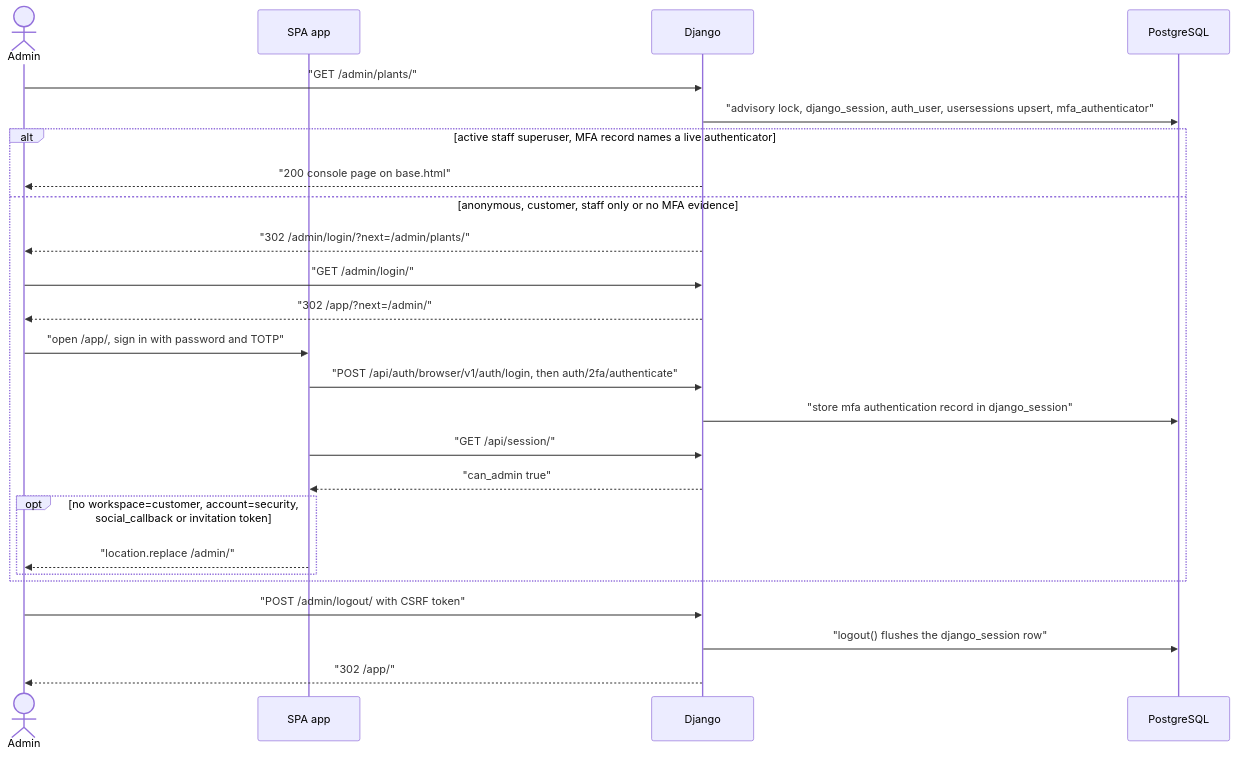
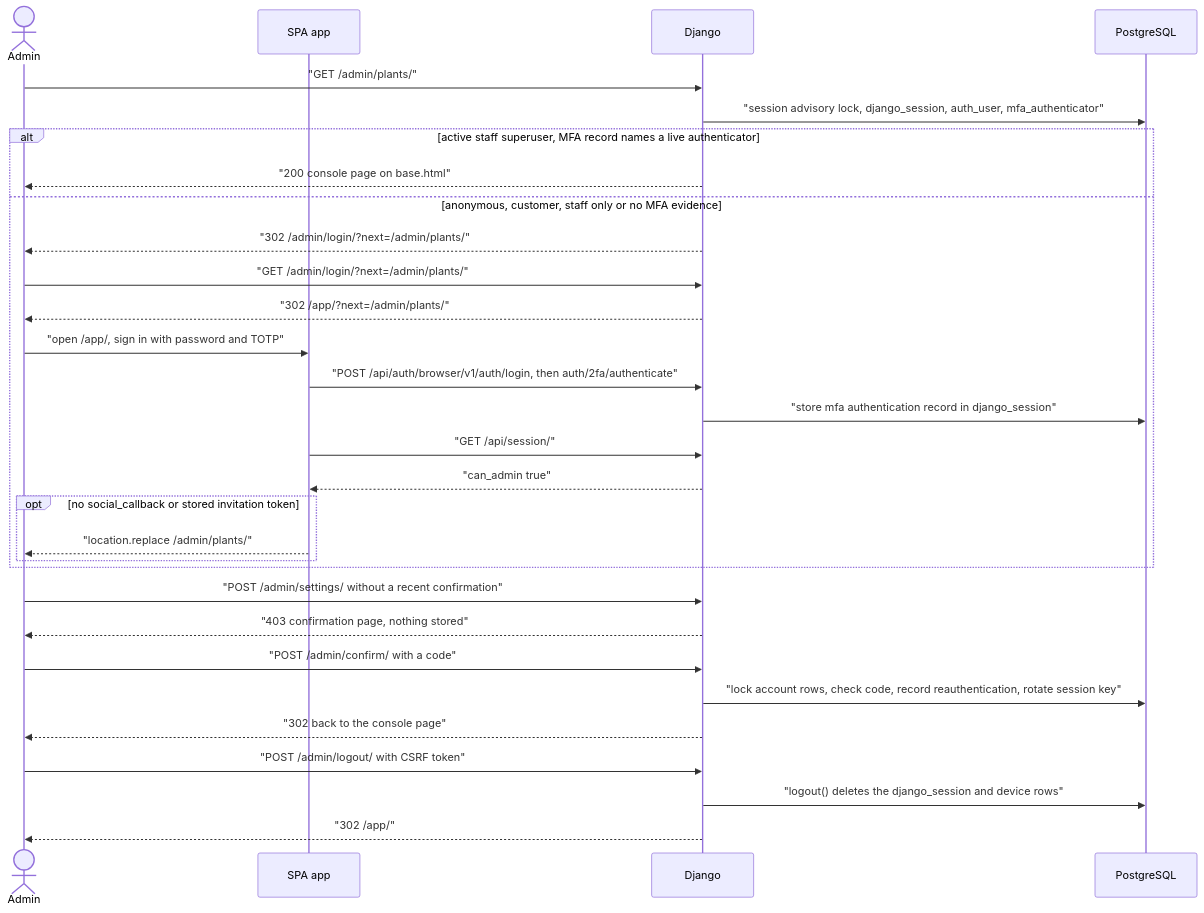
One commit to erkurtharun/pyracast changed the diagram in docs/flows/admin-console-access.md. Above: the diagram before and after it, drawn with Mermaid. The commit also changed other lines of this file and 85 other files, not shown here.

First line of the commit message:
Bring the flow pages in line with the code (#107)

````diff
--- a/docs/flows/admin-console-access.md
+++ b/docs/flows/admin-console-access.md
@@ -18,27 +20,32 @@
 ```mermaid
 sequenceDiagram
     actor U as Admin
     participant S as SPA app
     participant D as Django
     participant DB as PostgreSQL
     U->>D: "GET /admin/plants/"
-    D->>DB: "advisory lock, django_session, auth_user, usersessions upsert, mfa_authenticator"
+    D->>DB: "session advisory lock, django_session, auth_user, mfa_authenticator"
     alt active staff superuser, MFA record names a live authenticator
         D-->>U: "200 console page on base.html"
     else anonymous, customer, staff only or no MFA evidence
         D-->>U: "302 /admin/login/?next=/admin/plants/"
-        U->>D: "GET /admin/login/"
-        D-->>U: "302 /app/?next=/admin/"
+        U->>D: "GET /admin/login/?next=/admin/plants/"
+        D-->>U: "302 /app/?next=/admin/plants/"
         U->>S: "open /app/, sign in with password and TOTP"
         S->>D: "POST /api/auth/browser/v1/auth/login, then auth/2fa/authenticate"
         D->>DB: "store mfa authentication record in django_session"
         S->>D: "GET /api/session/"
         D-->>S: "can_admin true"
-        opt no workspace=customer, account=security, social_callback or invitation token
-            S-->>U: "location.replace /admin/"
+        opt no social_callback or stored invitation token
+            S-->>U: "location.replace /admin/plants/"
         end
     end
+    U->>D: "POST /admin/settings/ without a recent confirmation"
+    D-->>U: "403 confirmation page, nothing stored"
+    U->>D: "POST /admin/confirm/ with a code"
+    D->>DB: "lock account rows, check code, record reauthentication, rotate session key"
+    D-->>U: "302 back to the console page"
     U->>D: "POST /admin/logout/ with CSRF token"
-    D->>DB: "logout() flushes the django_session row"
+    D->>DB: "logout() deletes the django_session and device rows"
     D-->>U: "302 /app/"
 ```
````
